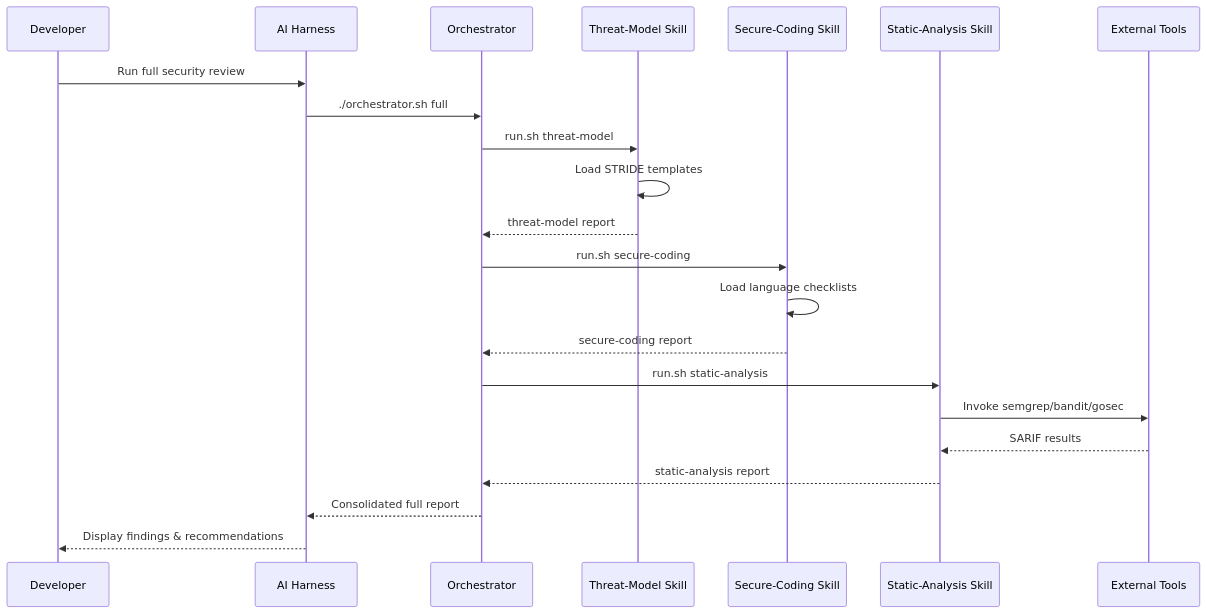
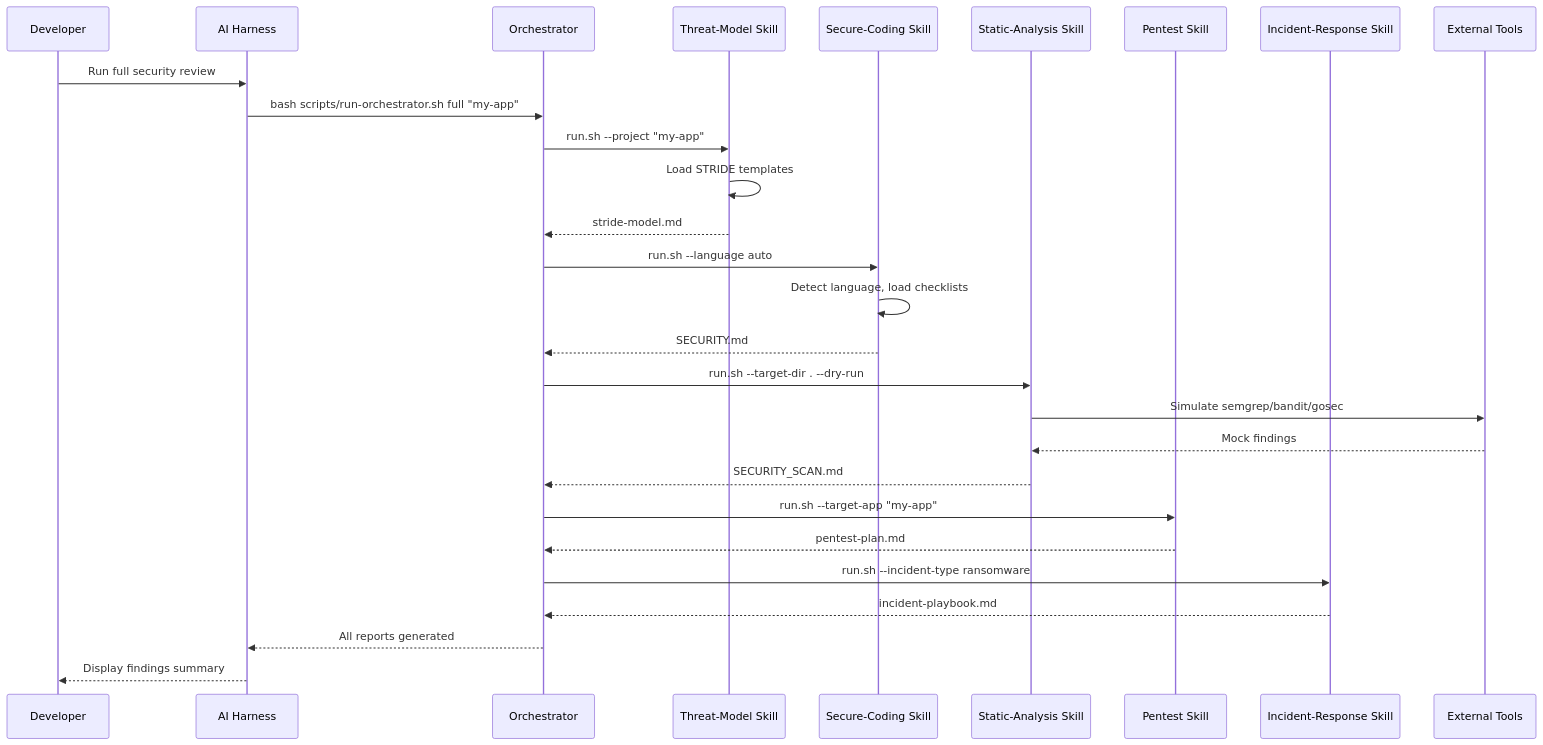
One commit to rohit-barui/CyberSecurity-Superpowers changed the first of 3 diagrams in docs/architecture/sequence-diagrams.md. Above: the diagram before and after it, drawn with Mermaid. The commit also changed other lines of this file and 18 other files, not shown here.

````diff
--- a/docs/architecture/sequence-diagrams.md
+++ b/docs/architecture/sequence-diagrams.md
@@ -7,25 +7,31 @@
 ```mermaid
 sequenceDiagram
     participant Dev as Developer
     participant Harness as AI Harness
     participant Orch as Orchestrator
     participant TM as Threat-Model Skill
     participant SC as Secure-Coding Skill
     participant SA as Static-Analysis Skill
+    participant PT as Pentest Skill
+    participant IR as Incident-Response Skill
     participant Tools as External Tools
 
     Dev->>Harness: Run full security review
-    Harness->>Orch: ./orchestrator.sh full
-    Orch->>TM: run.sh threat-model
+    Harness->>Orch: bash scripts/run-orchestrator.sh full "my-app"
+    Orch->>TM: run.sh --project "my-app"
     TM->>TM: Load STRIDE templates
-    TM-->>Orch: threat-model report
-    Orch->>SC: run.sh secure-coding
-    SC->>SC: Load language checklists
-    SC-->>Orch: secure-coding report
-    Orch->>SA: run.sh static-analysis
-    SA->>Tools: Invoke semgrep/bandit/gosec
-    Tools-->>SA: SARIF results
-    SA-->>Orch: static-analysis report
-    Orch-->>Harness: Consolidated full report
-    Harness-->>Dev: Display findings & recommendations
+    TM-->>Orch: stride-model.md
+    Orch->>SC: run.sh --language auto
+    SC->>SC: Detect language, load checklists
+    SC-->>Orch: SECURITY.md
+    Orch->>SA: run.sh --target-dir . --dry-run
+    SA->>Tools: Simulate semgrep/bandit/gosec
+    Tools-->>SA: Mock findings
+    SA-->>Orch: SECURITY_SCAN.md
+    Orch->>PT: run.sh --target-app "my-app"
+    PT-->>Orch: pentest-plan.md
+    Orch->>IR: run.sh --incident-type ransomware
+    IR-->>Orch: incident-playbook.md
+    Orch-->>Harness: All reports generated
+    Harness-->>Dev: Display findings summary
 ```
````
